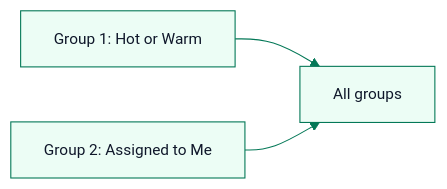
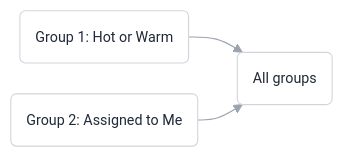
The diagram in guides/advanced-filters.mdx (BharathVasireddy/marro-docs), drawn with Mermaid before and after one commit. The commit also changed 95 other files, not shown here.

First line of the commit message:
One guide per settings screen, in the Settings menu's order, with diagrams only where they are needed

````diff
--- a/guides/advanced-filters.mdx
+++ b/guides/advanced-filters.mdx
@@ -24,6 +24,6 @@
 ```mermaid
-%%{init: {'theme':'base','themeVariables':{'primaryColor':'#ecfdf5','primaryBorderColor':'#047857','primaryTextColor':'#0f172a','lineColor':'#047857','fontSize':'14px'}}}%%
+%%{init: {'theme':'base','flowchart':{'curve':'basis','padding':14,'nodeSpacing':28,'rankSpacing':36},'themeVariables':{'primaryColor':'#ffffff','primaryBorderColor':'#d1d5db','primaryTextColor':'#1f2937','lineColor':'#9ca3af','fontFamily':'Inter, ui-sans-serif, sans-serif','fontSize':'13px','edgeLabelBackground':'#ffffff'}}}%%
 flowchart LR
-  A[Group 1: Hot or Warm] --> C[All groups]
-  B[Group 2: Assigned to Me] --> C
+  A(Group 1: Hot or Warm) --> C(All groups)
+  B(Group 2: Assigned to Me) --> C
 ```
````
